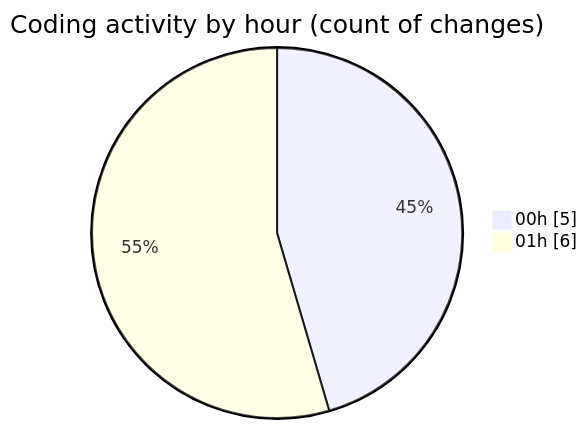
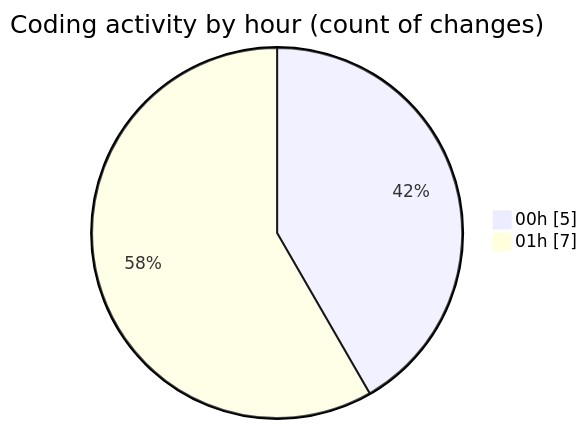
The second of 2 diagrams in 2026-07-14/shibass-ai/README.md (shibass792/code-tracking), drawn with Mermaid before and after one commit. The commit also changed other lines of this file and 1 other file, not shown here.

````diff
--- a/2026-07-14/shibass-ai/README.md
+++ b/2026-07-14/shibass-ai/README.md
@@ -35,6 +35,6 @@
 ```mermaid
 pie showData
 title Coding activity by hour (count of changes)
 "00h" : 5
-"01h" : 6
+"01h" : 7
 ```
````
